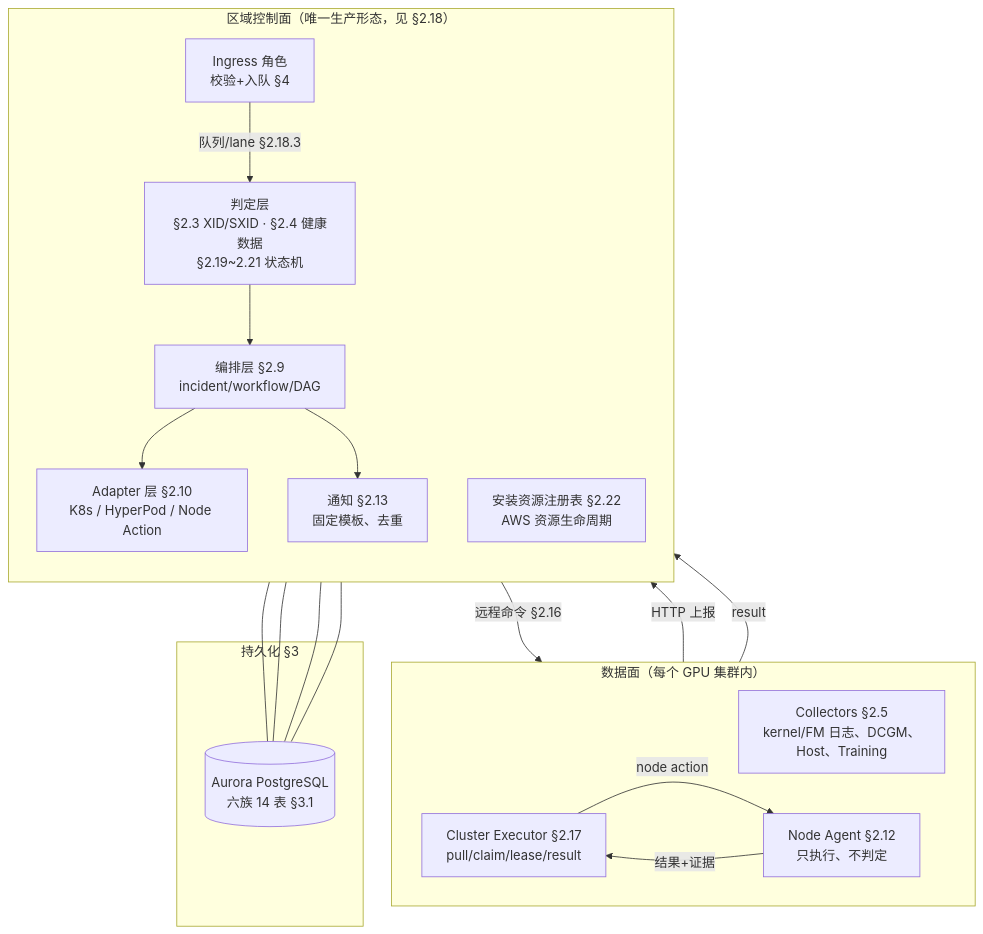
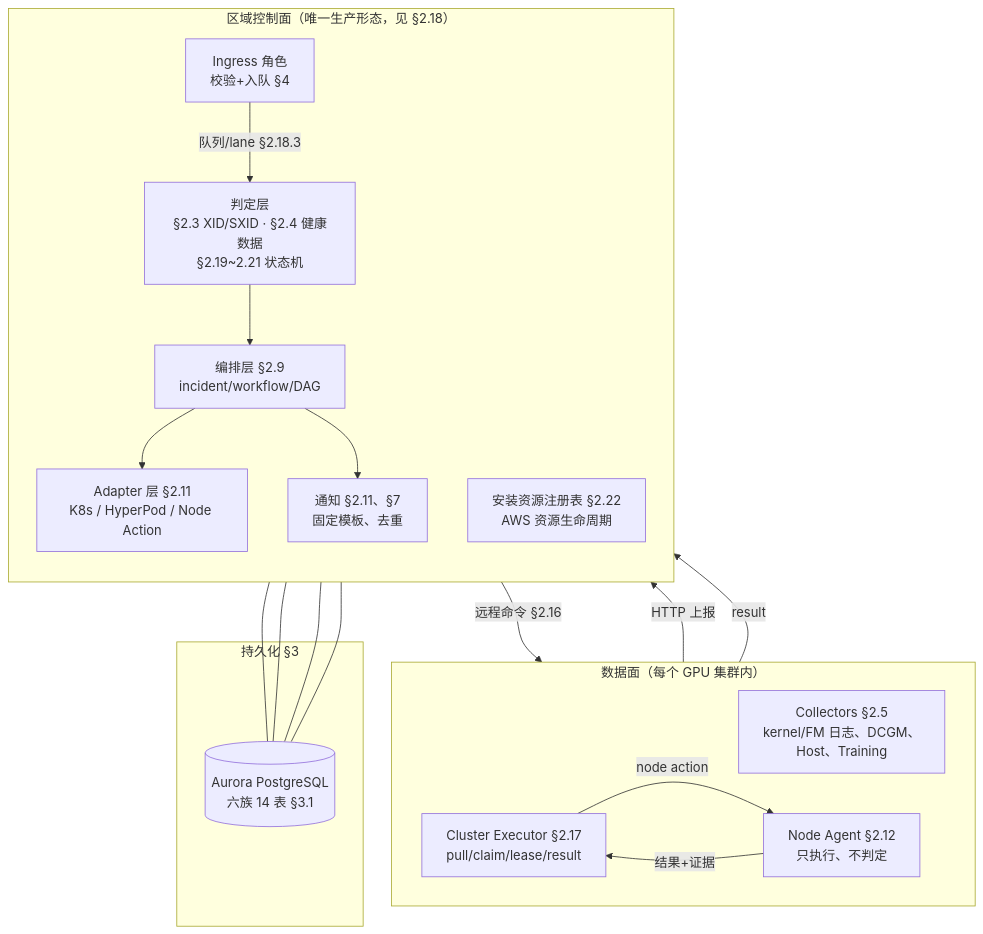
One commit to yuhuiaws/GPU-Fault-Recovery-System changed the first of 7 diagrams in docs/详细设计.md. Above: the diagram before and after it, drawn with Mermaid. The commit also changed other lines of this file and 15 other files, not shown here.

````diff
--- a/docs/详细设计.md
+++ b/docs/详细设计.md
@@ -32,35 +33,35 @@
 ```mermaid
 flowchart TB
     subgraph DP["数据面（每个 GPU 集群内）"]
         direction LR
         COL["Collectors §2.5<br/>kernel/FM 日志、DCGM、<br/>Host、Training"]
         AG["Node Agent §2.12<br/>只执行、不判定"]
         EX["Cluster Executor §2.17<br/>pull/claim/lease/result"]
     end
     subgraph CP["区域控制面（唯一生产形态，见 §2.18）"]
         direction TB
         API["Ingress 角色<br/>校验+入队 §4"]
         POL["判定层<br/>§2.3 XID/SXID · §2.4 健康数据<br/>§2.19~2.21 状态机"]
         WF["编排层 §2.9<br/>incident/workflow/DAG"]
-        ADP["Adapter 层 §2.10<br/>K8s / HyperPod / Node Action"]
-        NOTIF["通知 §2.13<br/>固定模板、去重"]
+        ADP["Adapter 层 §2.11<br/>K8s / HyperPod / Node Action"]
+        NOTIF["通知 §2.11、§7<br/>固定模板、去重"]
         RES["安装资源注册表 §2.22<br/>AWS 资源生命周期"]
     end
     subgraph ST["持久化 §3"]
         DB[("Aurora PostgreSQL<br/>六族 14 表 §3.1")]
     end
 
     COL -->|HTTP 上报| API
     API -->|队列/lane §2.18.3| POL
     POL --> WF
     WF --> ADP
     WF --> NOTIF
     ADP -->|远程命令 §2.16| EX
     EX -->|node action| AG
     AG -->|结果+证据| EX
     EX -->|result| API
     POL --- DB
     WF --- DB
     API --- DB
     RES --- DB
 ```
````
